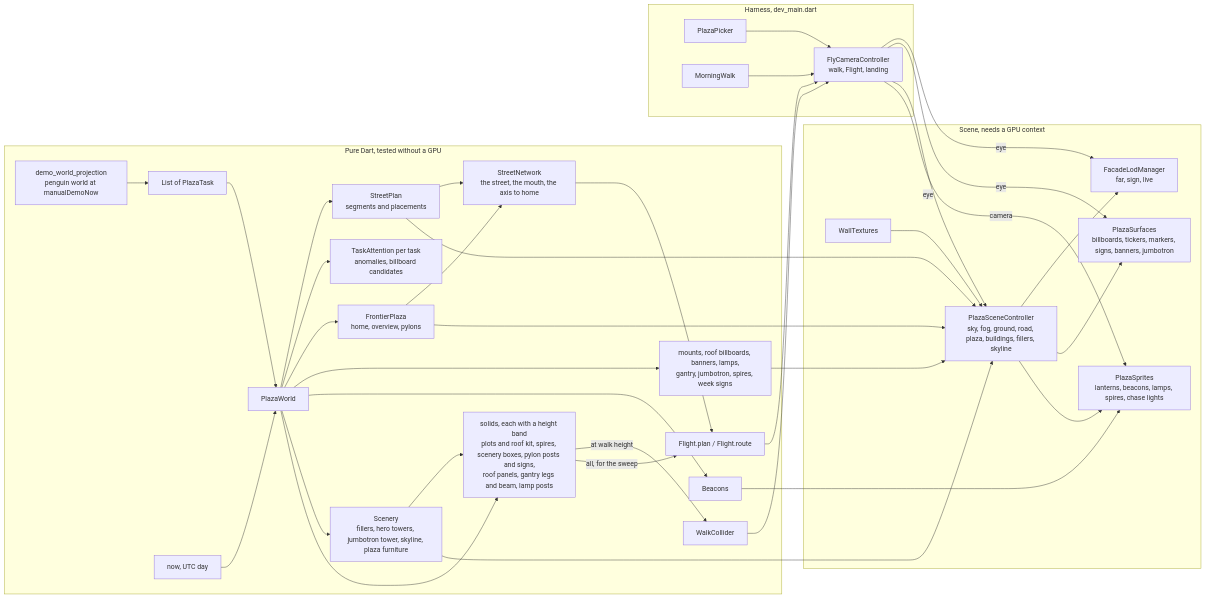
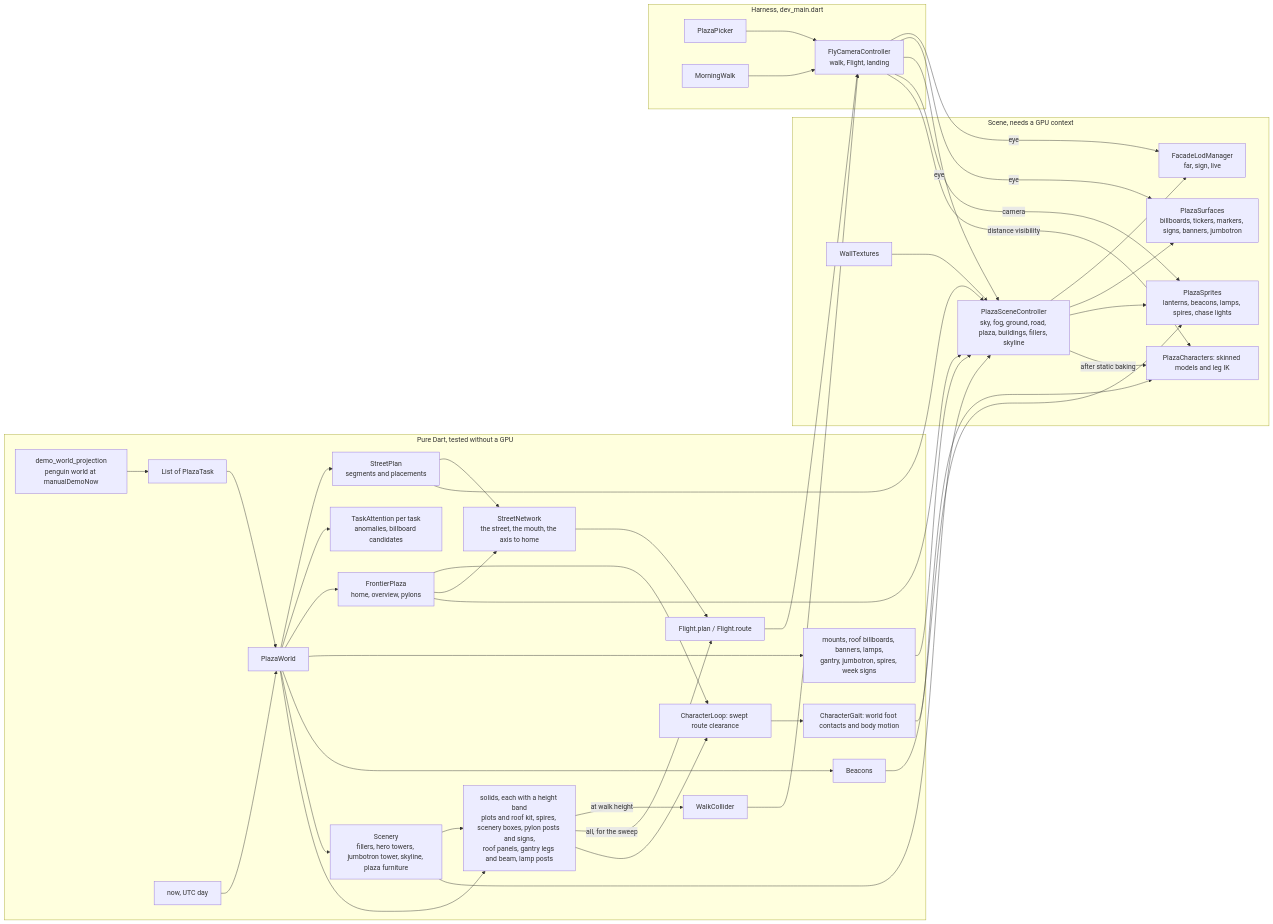
One commit to matthiasn/lotti changed the first of 7 diagrams in knowledge/features/plaza.md. Above: the diagram before and after it, drawn with Mermaid. The commit also changed other lines of this file and 17 other files, not shown here.

Commit message:
feat(plaza): add animated penguin companions across the demo world (#4201)

````diff
--- a/knowledge/features/plaza.md
+++ b/knowledge/features/plaza.md
@@ -143,42 +167,48 @@
 ```mermaid
 flowchart LR
   subgraph pure ["Pure Dart, tested without a GPU"]
     Demo["demo_world_projection<br/>penguin world at manualDemoNow"] --> Tasks["List of PlazaTask"]
     Tasks --> World["PlazaWorld"]
     Clock["now, UTC day"] --> World
     World --> Plan["StreetPlan<br/>segments and placements"]
     World --> Att["TaskAttention per task<br/>anomalies, billboard candidates"]
     World --> Plaza["FrontierPlaza<br/>home, overview, pylons"]
     World --> Overlays["mounts, roof billboards, banners, lamps,<br/>gantry, jumbotron, spires, week signs"]
     World --> Beacons["Beacons"]
     World --> Scenery["Scenery<br/>fillers, hero towers, jumbotron tower, skyline, plaza furniture"]
     World --> Solids["solids, each with a height band<br/>plots and roof kit, spires, scenery boxes, pylon posts and signs,<br/>roof panels, gantry legs and beam, lamp posts"]
     Scenery --> Solids
     Solids -->|"at walk height"| Collider["WalkCollider"]
     Solids -->|"all, for the sweep"| Flight["Flight.plan / Flight.route"]
     Plan --> Network["StreetNetwork<br/>the street, the mouth, the axis to home"]
+    Plaza --> Circuit["CharacterLoop: swept route clearance"]
+    Solids --> Circuit
+    Circuit --> Gait["CharacterGait: world foot contacts and body motion"]
     Plaza --> Network
     Network --> Flight
   end
   subgraph scene ["Scene, needs a GPU context"]
     Plan --> Ctl["PlazaSceneController<br/>sky, fog, ground, road, plaza, buildings, fillers, skyline"]
     Scenery --> Ctl
     Plaza --> Ctl
     Overlays --> Ctl
     Walls["WallTextures"] --> Ctl
     Ctl --> LOD["FacadeLodManager<br/>far, sign, live"]
     Ctl --> Surfaces["PlazaSurfaces<br/>billboards, tickers, markers, signs, banners, jumbotron"]
     Ctl --> Sprites["PlazaSprites<br/>lanterns, beacons, lamps, spires, chase lights"]
     Beacons --> Sprites
+    Ctl -->|after static baking| Characters["PlazaCharacters: skinned models and leg IK"]
+    Gait --> Characters
   end
   subgraph harness ["Harness, dev_main.dart"]
     Cam["FlyCameraController<br/>walk, Flight, landing"] -->|eye| LOD
     Cam -->|eye| Surfaces
     Cam -->|eye| Ctl
     Cam -->|camera| Sprites
+    Cam -->|distance visibility| Characters
     Picker["PlazaPicker"] --> Cam
     Walk["MorningWalk"] --> Cam
     Collider --> Cam
     Flight --> Cam
   end
 ```
````
